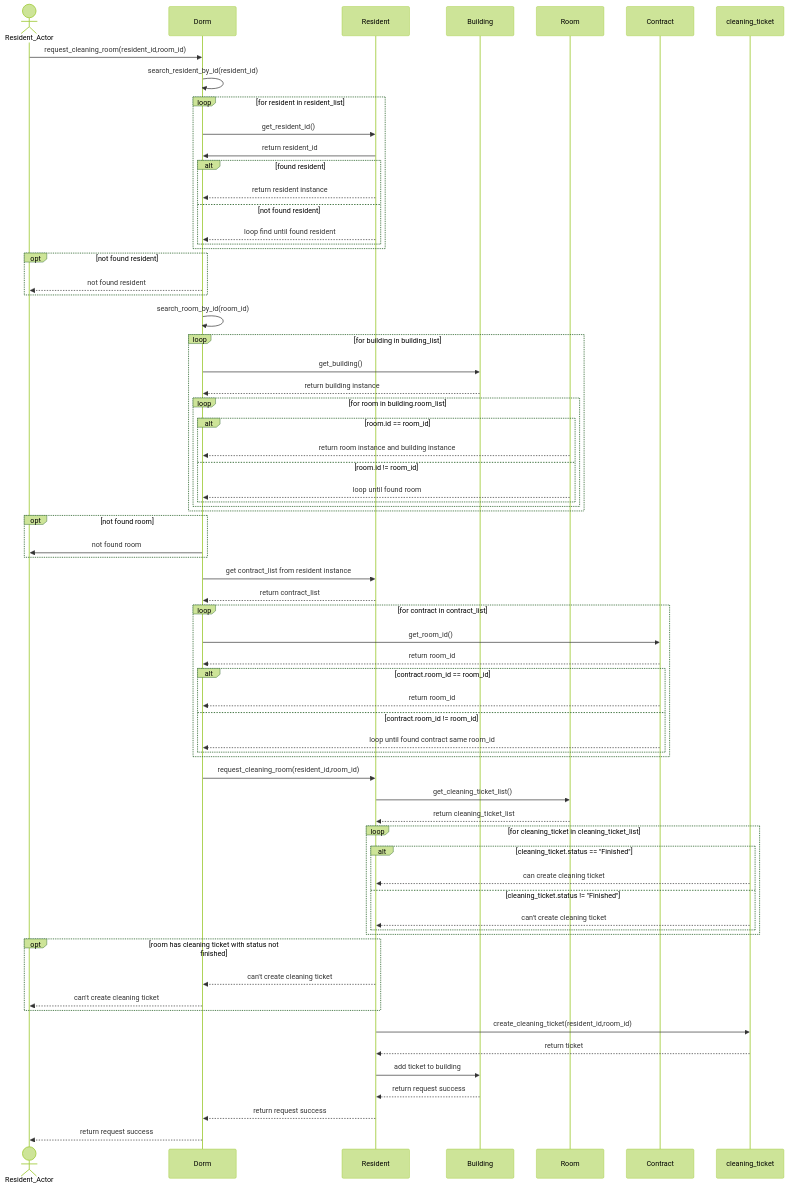
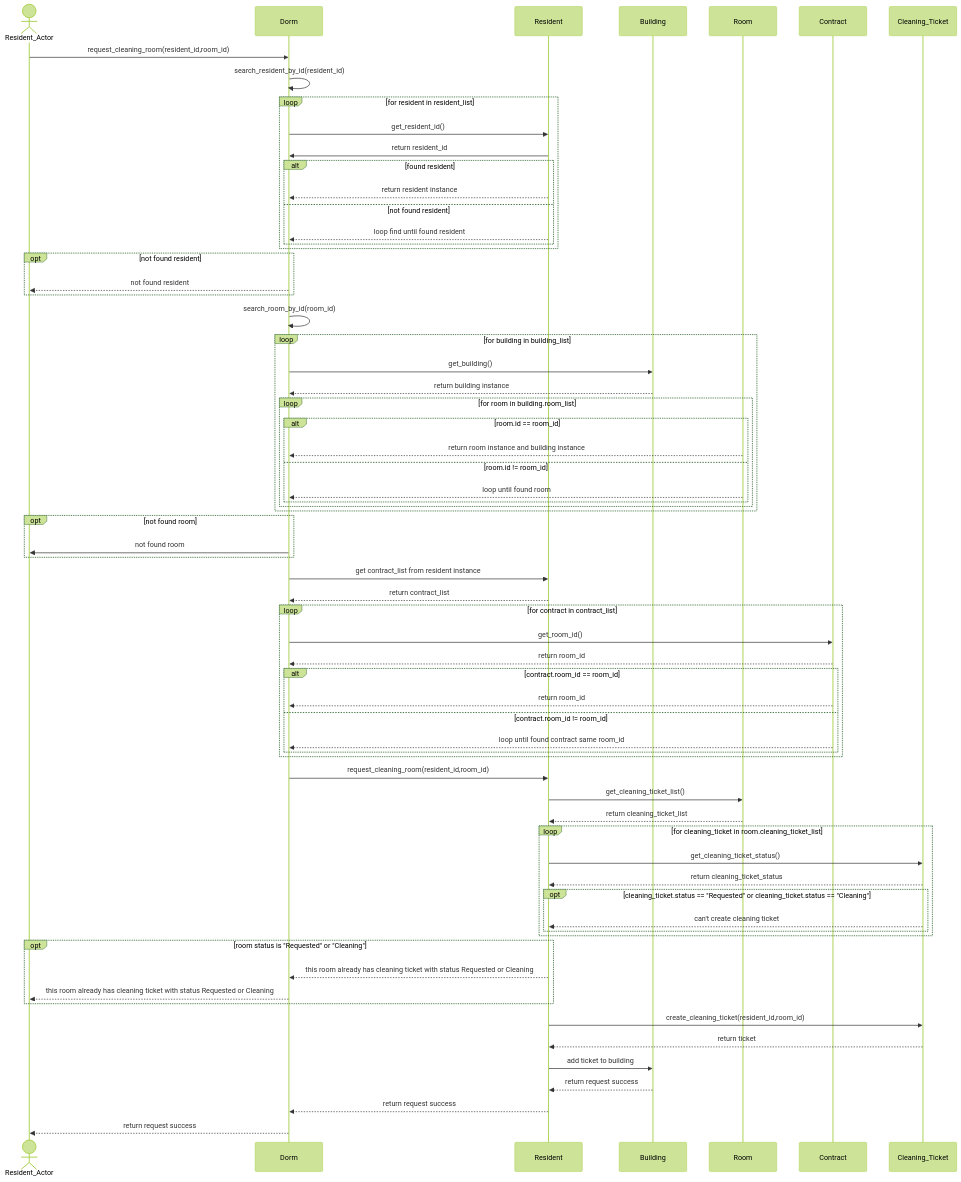
Before and after one commit to rnjjkk/Ducky-Dicka: the diagram in sequence/request_cleaning_room/request_cleaning_room.mmd, drawn with Mermaid.

Commit message:
edit check status cleaning ticket

```diff
--- a/sequence/request_cleaning_room/request_cleaning_room.mmd
+++ b/sequence/request_cleaning_room/request_cleaning_room.mmd
@@ -1,94 +1,97 @@
 %%{init: {"theme": "forest"}}%%
 sequenceDiagram
     %% participant
     actor resAc as Resident_Actor
     participant d as Dorm
     participant res as Resident
     participant b as Building
     participant room as Room
     participant contract as Contract
+    participant cleaning_ticket as Cleaning_Ticket
 
     resAc ->> d:request_cleaning_room(resident_id,room_id)
 
     d ->> d:search_resident_by_id(resident_id)
 
     loop for resident in resident_list
 
         d ->> res:get_resident_id()
         res ->> d:return resident_id
 
         alt found resident
             res -->> d:return resident instance
         else not found resident
             res -->> d:loop find until found resident
         end
 
     end
 
     opt not found resident
         d -->> resAc:not found resident
     end
 
     d ->> d:search_room_by_id(room_id)
 
     loop for building in building_list
     
         d ->> b:get_building()
         b -->> d:return building instance
 
         loop for room in building.room_list
         
             alt room.id == room_id
                 room -->> d:return room instance and building instance
             else room.id != room_id
                 room -->>d:loop until found room
 
             end
         end
     end
 
     opt not found room
         d ->> resAc:not found room
     end
 
     d ->> res:get contract_list from resident instance
     res -->> d:return contract_list
 
     loop for contract in contract_list
 
         d ->> contract:get_room_id()
         contract -->> d:return room_id
 
         alt contract.room_id == room_id
             contract -->> d:return room_id
         else contract.room_id != room_id
             contract -->> d:loop until found contract same room_id
         end
     
     end
     
     d ->> res:request_cleaning_room(resident_id,room_id)
     res ->> room:get_cleaning_ticket_list()
     room -->> res:return cleaning_ticket_list
     
-    loop for cleaning_ticket in cleaning_ticket_list
+    loop for cleaning_ticket in room.cleaning_ticket_list
 
-        alt cleaning_ticket.status == "Finished"
-            cleaning_ticket -->> res:can create cleaning ticket
-        else cleaning_ticket.status != "Finished"
+        res ->> cleaning_ticket:get_cleaning_ticket_status()
+        cleaning_ticket -->> res:return cleaning_ticket_status
+
+        opt cleaning_ticket.status == "Requested" or cleaning_ticket.status == "Cleaning"
             cleaning_ticket -->> res:can't create cleaning ticket
         end
 
     end
     
-    opt room has cleaning ticket with status not finished
-        res -->> d:can't create cleaning ticket
-        d -->> resAc:can't create cleaning ticket
+    opt room status is "Requested" or "Cleaning"
+        res -->> d:this room already has cleaning ticket with status Requested or Cleaning
+        d -->> resAc:this room already has cleaning ticket with status Requested or Cleaning
     end
+    
     
     res ->> cleaning_ticket:create_cleaning_ticket(resident_id,room_id)
     cleaning_ticket -->> res:return ticket 
     res ->> b:add ticket to building
     b -->> res:return request success
     res -->> d:return request success
     d -->> resAc:return request success
```
